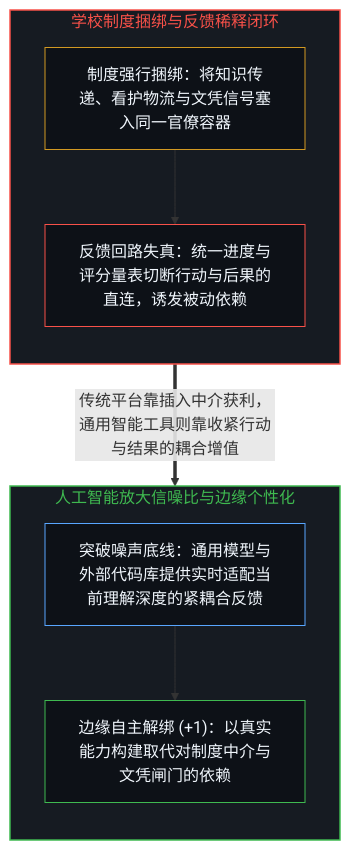
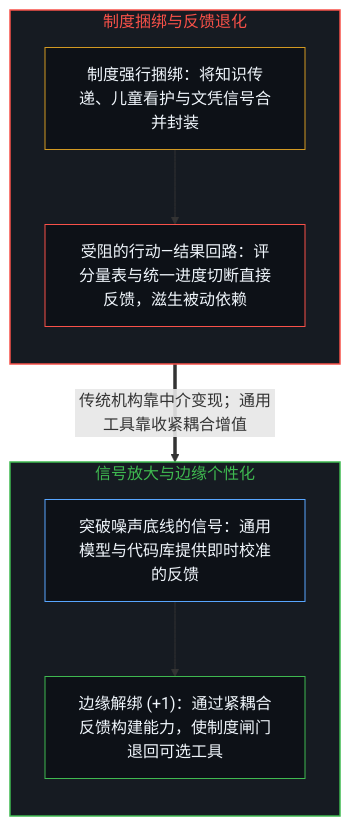
The first of 2 diagrams in content/posts/school_essay_final.md (powerpig99/not-a-toe), drawn with Mermaid before and after one commit. The commit also changed other lines of this file and 7 other files, not shown here.

````diff
--- a/content/posts/school_essay_final.md
+++ b/content/posts/school_essay_final.md
@@ -17,22 +17,22 @@
 ```mermaid
 flowchart TD
-    subgraph S_School["学校制度捆绑与反馈稀释闭环"]
+    subgraph S_School["制度捆绑与反馈退化"]
         direction TB
-        Bundle["制度强行捆绑：将知识传递、看护物流与文凭信号塞入同一官僚容器"]
-        Muffle["反馈回路失真：统一进度与评分量表切断行动与后果的直连，诱发被动依赖"]
+        Bundle["制度强行捆绑：将知识传递、儿童看护与文凭信号合并封装"]
+        Muffle["受阻的行动—结果回路：评分量表与统一进度切断直接反馈，滋生被动依赖"]
         Bundle --> Muffle
     end
-    subgraph S_Edge["人工智能放大信噪比与边缘个性化"]
+    subgraph S_Edge["信号放大与边缘个性化"]
         direction TB
-        Signal["突破噪声底线：通用模型与外部代码库提供实时适配当前理解深度的紧耦合反馈"]
-        Unbundle["边缘自主解绑 (+1)：以真实能力构建取代对制度中介与文凭闸门的依赖"]
+        Signal["突破噪声底线的信号：通用模型与代码库提供即时校准的反馈"]
+        Unbundle["边缘解绑 (+1)：通过紧耦合反馈构建能力，使制度闸门退回可选工具"]
         Signal --> Unbundle
     end
-    Muffle ==>|"传统平台靠插入中介获利，通用智能工具则靠收紧行动与结果的耦合增值"| Signal
+    Muffle ==>|"传统机构靠中介变现；通用工具靠收紧耦合增值"| Signal
     style S_School fill:#161b22,stroke:#f85149,stroke-width:1.5px,color:#f85149
     style S_Edge fill:#161b22,stroke:#3fb950,stroke-width:1.5px,color:#3fb950
     style Bundle fill:#0d1117,stroke:#d29922,stroke-width:1px,color:#f0f6fc
     style Muffle fill:#0d1117,stroke:#f85149,stroke-width:1px,color:#f0f6fc
     style Signal fill:#0d1117,stroke:#58a6ff,stroke-width:1px,color:#f0f6fc
     style Unbundle fill:#0d1117,stroke:#3fb950,stroke-width:1px,color:#f0f6fc
 ```
````
